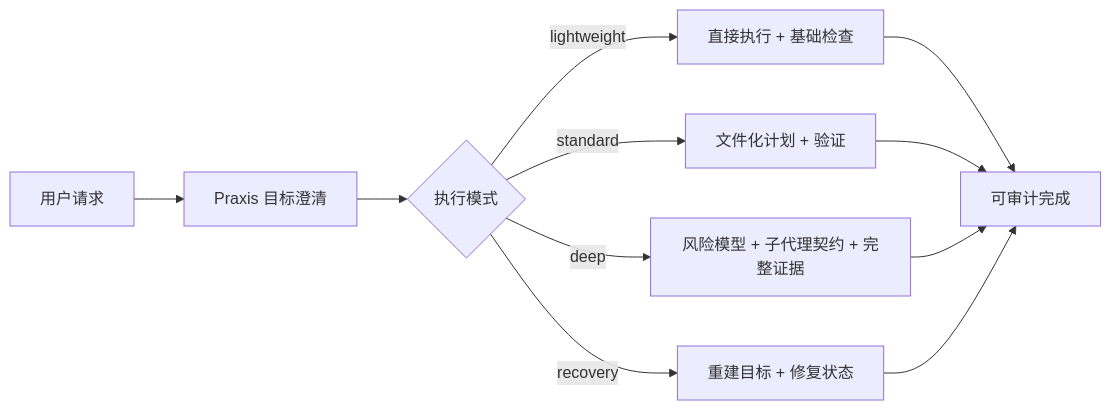
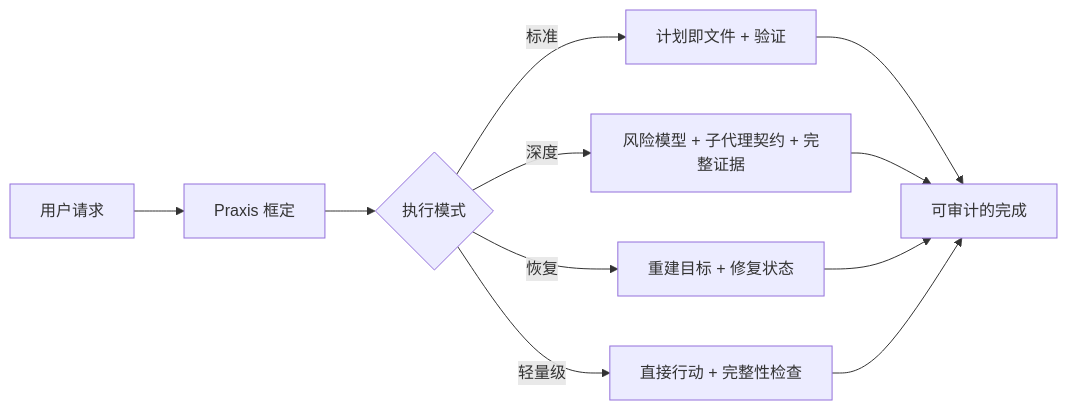
The first of 5 diagrams in README.zh-CN.md (ZIONISREAL/Claude-Praxis), drawn with Mermaid before and after one commit. The commit also changed other lines of this file and 13 other files, not shown here.

````diff
--- a/README.zh-CN.md
+++ b/README.zh-CN.md
@@ -25,13 +25,13 @@
 ```mermaid
 flowchart LR
-  A["用户请求"] --> B["Praxis 目标澄清"]
+  A["用户请求"] --> B["Praxis 框定"]
   B --> C{"执行模式"}
-  C -->|"lightweight"| D["直接执行 + 基础检查"]
-  C -->|"standard"| E["文件化计划 + 验证"]
-  C -->|"deep"| F["风险模型 + 子代理契约 + 完整证据"]
-  C -->|"recovery"| G["重建目标 + 修复状态"]
-  D --> H["可审计完成"]
-  E --> H
+  C -->|"轻量级"| D["直接行动 + 完整性检查"]
+  C -->|"标准"| E["计划即文件 + 验证"]
+  C -->|"深度"| F["风险模型 + 子代理契约 + 完整证据"]
+  C -->|"恢复"| G["重建目标 + 修复状态"]
+  E --> H["可审计的完成"]
   F --> H
   G --> H
+  D --> H
 ```
````
